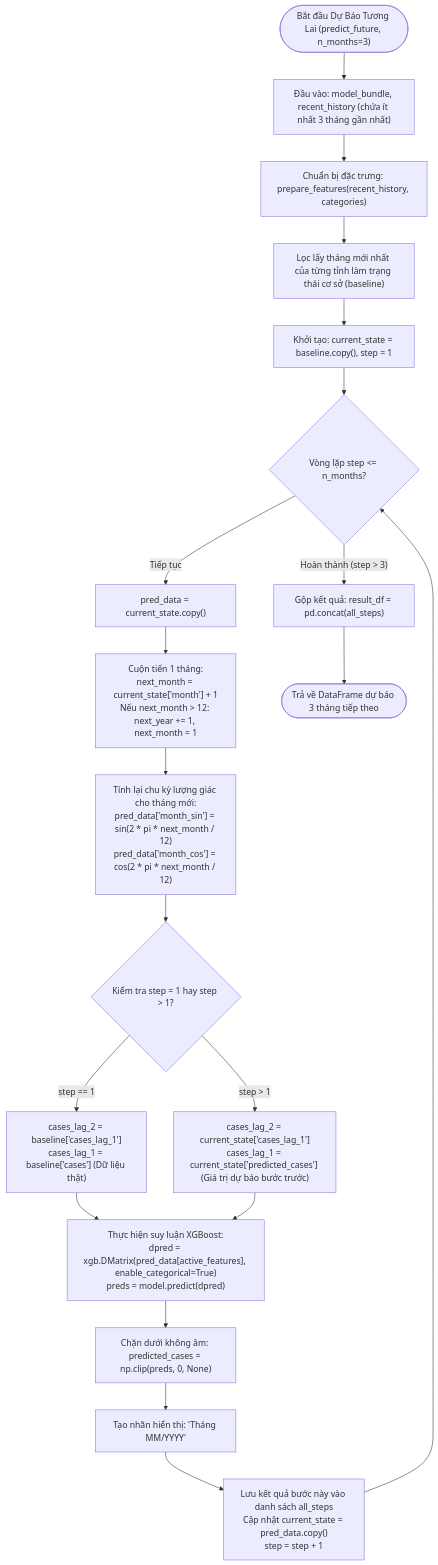
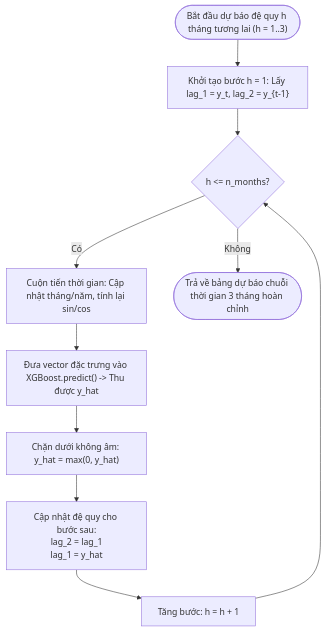
The eighth of 26 diagrams in README.md (VanderSpeare/dengue-prediction), drawn with Mermaid before and after one commit. The commit also changed other lines of this file and 25 other files, not shown here.

````diff
--- a/README.md
+++ b/README.md
@@ -771,31 +580,12 @@
 ```mermaid
 flowchart TD
-    StartRec(["Bắt đầu Dự Báo Tương Lai (predict_future, n_months=3)"]) --> InputData["Đầu vào: model_bundle, recent_history (chứa ít nhất 3 tháng gần nhất)"]
-    
-    InputData --> PrepRecent["Chuẩn bị đặc trưng: prepare_features(recent_history, categories)"]
-    PrepRecent --> GetBaseline["Lọc lấy tháng mới nhất của từng tỉnh làm trạng thái cơ sở (baseline)"]
-    
-    GetBaseline --> InitLoop["Khởi tạo: current_state = baseline.copy(), step = 1"]
-    
-    InitLoop --> LoopStep{"Vòng lặp step <= n_months?"}
-    LoopStep -- "Tiếp tục" --> CopyState["pred_data = current_state.copy()"]
-    
-    CopyState --> RollDate["Cuộn tiến 1 tháng:<br/>next_month = current_state['month'] + 1<br/>Nếu next_month > 12: next_year += 1, next_month = 1"]
-    
-    RollDate --> RecomputeCyclic["Tính lại chu kỳ lượng giác cho tháng mới:<br/>pred_data['month_sin'] = sin(2 * pi * next_month / 12)<br/>pred_data['month_cos'] = cos(2 * pi * next_month / 12)"]
-    
-    RecomputeCyclic --> ShiftLags{"Kiểm tra step = 1 hay step > 1?"}
-    ShiftLags -- "step == 1" --> LagStep1["cases_lag_2 = baseline['cases_lag_1']<br/>cases_lag_1 = baseline['cases'] (Dữ liệu thật)"]
-    ShiftLags -- "step > 1" --> LagStepN["cases_lag_2 = current_state['cases_lag_1']<br/>cases_lag_1 = current_state['predicted_cases'] (Giá trị dự báo bước trước)"]
-    
-    LagStep1 & LagStepN --> PredictXGB["Thực hiện suy luận XGBoost:<br/>dpred = xgb.DMatrix(pred_data[active_features], enable_categorical=True)<br/>preds = model.predict(dpred)"]
-    
-    PredictXGB --> ClipNonNeg["Chặn dưới không âm: predicted_cases = np.clip(preds, 0, None)"]
-    ClipNonNeg --> LabelMonth["Tạo nhãn hiển thị: 'Tháng MM/YYYY'"]
-    
-    LabelMonth --> AppendStep["Lưu kết quả bước này vào danh sách all_steps<br/>Cập nhật current_state = pred_data.copy()<br/>step = step + 1"]
-    AppendStep --> LoopStep
-    
-    LoopStep -- "Hoàn thành (step > 3)" --> ConcatResults["Gộp kết quả: result_df = pd.concat(all_steps)"]
-    ConcatResults --> EndRec(["Trả về DataFrame dự báo 3 tháng tiếp theo"])
+    StartFore(["Bắt đầu dự báo đệ quy h tháng tương lai (h = 1..3)"]) --> InitStep["Khởi tạo bước h = 1: Lấy lag_1 = y_t, lag_2 = y_{t-1}"]
+    InitStep --> LoopCheck{"h <= n_months?"}
+    LoopCheck -- "Có" --> RollCal["Cuộn tiến thời gian: Cập nhật tháng/năm, tính lại sin/cos"]
+    RollCal --> PredictStep["Đưa vector đặc trưng vào XGBoost.predict() -> Thu được y_hat"]
+    PredictStep --> ClipZero["Chặn dưới không âm: y_hat = max(0, y_hat)"]
+    ClipZero --> UpdateLags["Cập nhật đệ quy cho bước sau:<br/>lag_2 = lag_1<br/>lag_1 = y_hat"]
+    UpdateLags --> IncStep["Tăng bước: h = h + 1"]
+    IncStep --> LoopCheck
+    LoopCheck -- "Không" --> ReturnForecast(["Trả về bảng dự báo chuỗi thời gian 3 tháng hoàn chỉnh"])
 ```
````
